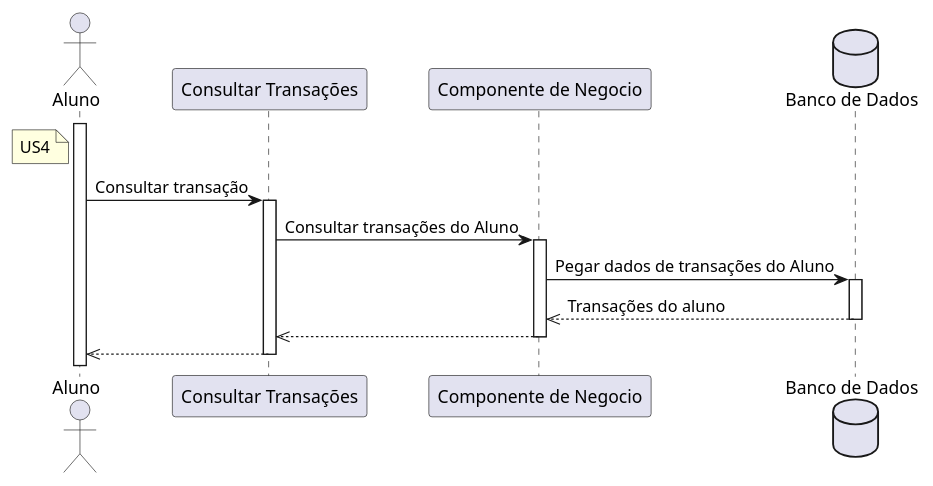
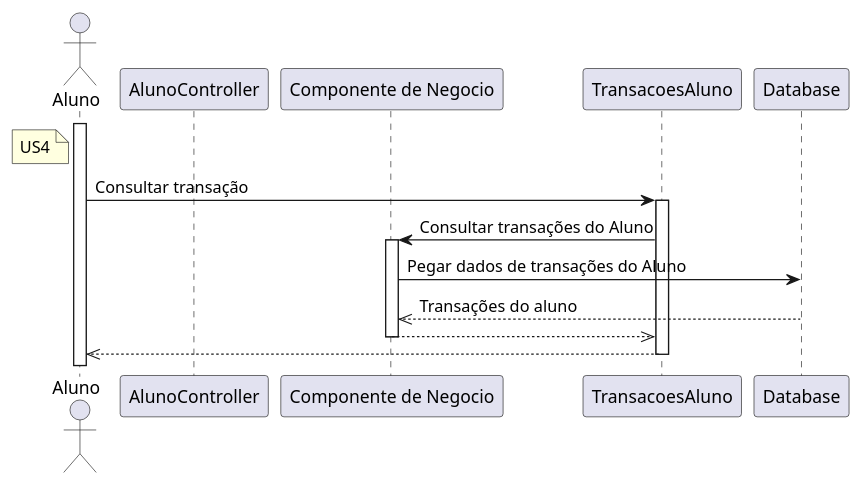
Before and after one commit to G4BR-13-L/lab-desenvolvimento-de-software: the diagram in laboratorio-3/sprint-3/projeto/plantuml/sequencia/Aluno.plantuml, drawn with PlantUML. The commit also changed 1 other file, not shown here.

Commit message:
Plantuml dos primeiros diagramas de sequencia

```diff
--- a/laboratorio-3/sprint-3/projeto/plantuml/sequencia/Aluno.plantuml
+++ b/laboratorio-3/sprint-3/projeto/plantuml/sequencia/Aluno.plantuml
@@ -1,32 +1,29 @@
 @startuml Aluno
 
 
 actor "Aluno" as Aluno
 note left of Aluno #LightYellow
 US4
 end note
 
-participant "Consultar Transações" as TransacoesAluno
+participant "AlunoController" as AlunoController
 participant "Componente de Negocio" as ComponenteTransacao
-database "Banco de Dados" as Database
 
 activate Aluno
 Aluno -> TransacoesAluno : Consultar transação
 activate TransacoesAluno
 TransacoesAluno -> ComponenteTransacao : Consultar transações do Aluno
 activate ComponenteTransacao
 ComponenteTransacao -> Database : Pegar dados de transações do Aluno
-activate Database
 Database -->> ComponenteTransacao : Transações do aluno
-deactivate Database
 ComponenteTransacao -->> TransacoesAluno
 deactivate ComponenteTransacao
 TransacoesAluno -->> Aluno
 deactivate TransacoesAluno
 
 ' --> Sincrono 
 ' -->> Assincrono
 ' <-- Retorno Sincrono
 ' <<-- Retorno Assíncrono
 
 @enduml
```
